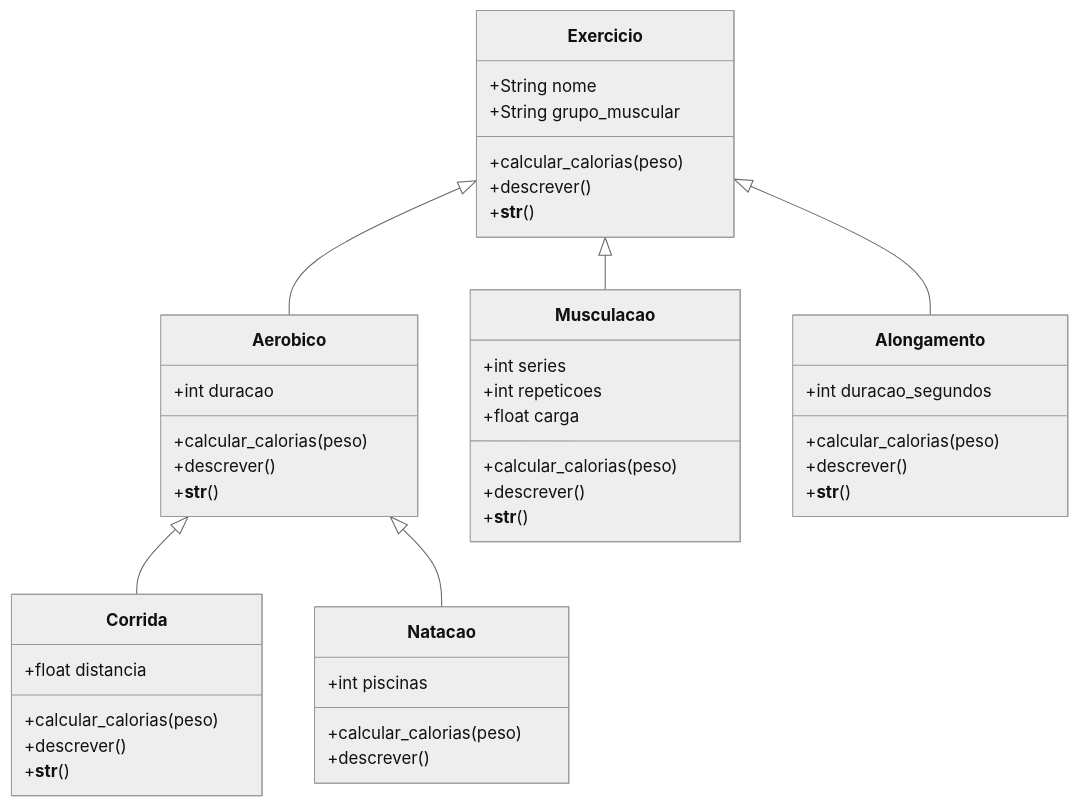
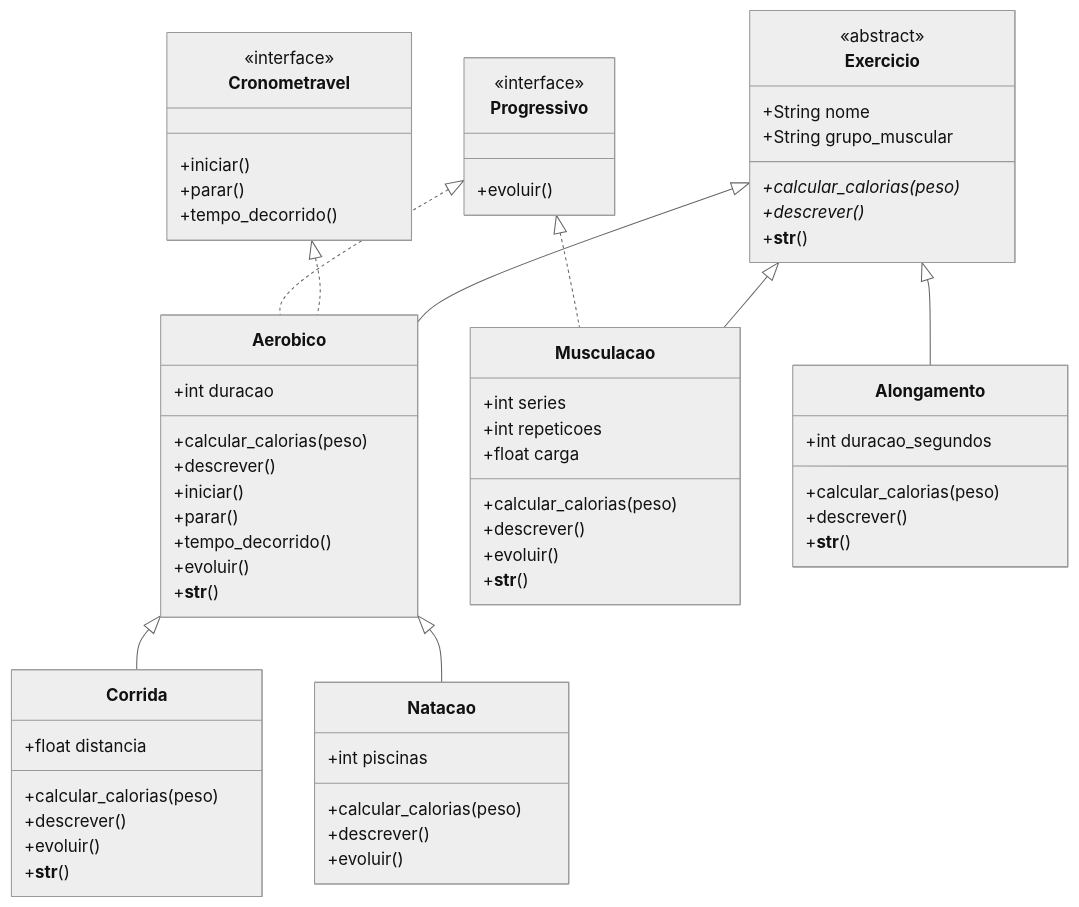
One commit to douglaskaran04-ifce/projeto_poo changed the diagram in docs/diagrama.md. Above: the diagram before and after it, drawn with Mermaid (neutral theme). The commit also changed 1 other file, not shown here.

Commit message:
Ajuste de README e arquivo main

````diff
--- a/docs/diagrama.md
+++ b/docs/diagrama.md
@@ -1,52 +1,76 @@
 ```mermaid
 classDiagram
     class Exercicio {
+        <<abstract>>
         +String nome
         +String grupo_muscular
-        +calcular_calorias(peso)
-        +descrever()
+        +calcular_calorias(peso)*
+        +descrever()*
         +__str__()
+    }
+
+    class Cronometravel {
+        <<interface>>
+        +iniciar()
+        +parar()
+        +tempo_decorrido()
+    }
+
+    class Progressivo {
+        <<interface>>
+        +evoluir()
     }
 
     class Aerobico {
         +int duracao
         +calcular_calorias(peso)
         +descrever()
+        +iniciar()
+        +parar()
+        +tempo_decorrido()
+        +evoluir()
         +__str__()
     }
 
     class Corrida {
         +float distancia
         +calcular_calorias(peso)
         +descrever()
+        +evoluir()
         +__str__()
     }
 
     class Natacao {
         +int piscinas
         +calcular_calorias(peso)
         +descrever()
+        +evoluir()
     }
 
     class Musculacao {
         +int series
         +int repeticoes
         +float carga
         +calcular_calorias(peso)
         +descrever()
+        +evoluir()
         +__str__()
     }
 
     class Alongamento {
         +int duracao_segundos
         +calcular_calorias(peso)
         +descrever()
         +__str__()
     }
 
     Exercicio <|-- Aerobico
     Exercicio <|-- Musculacao
     Exercicio <|-- Alongamento
     Aerobico <|-- Corrida
     Aerobico <|-- Natacao
+
+    Cronometravel <|.. Aerobico
+    Progressivo <|.. Aerobico
+    Progressivo <|.. Musculacao
 ```
````
